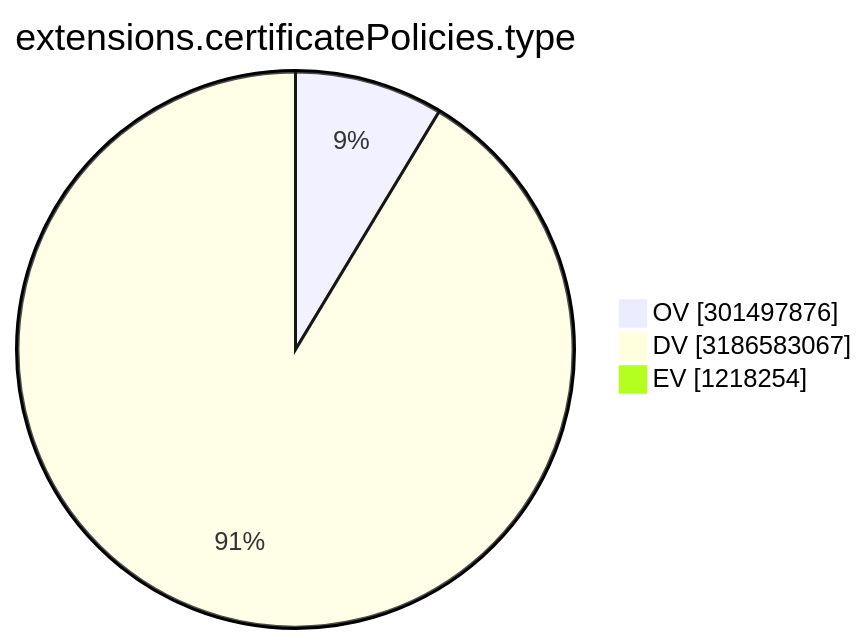
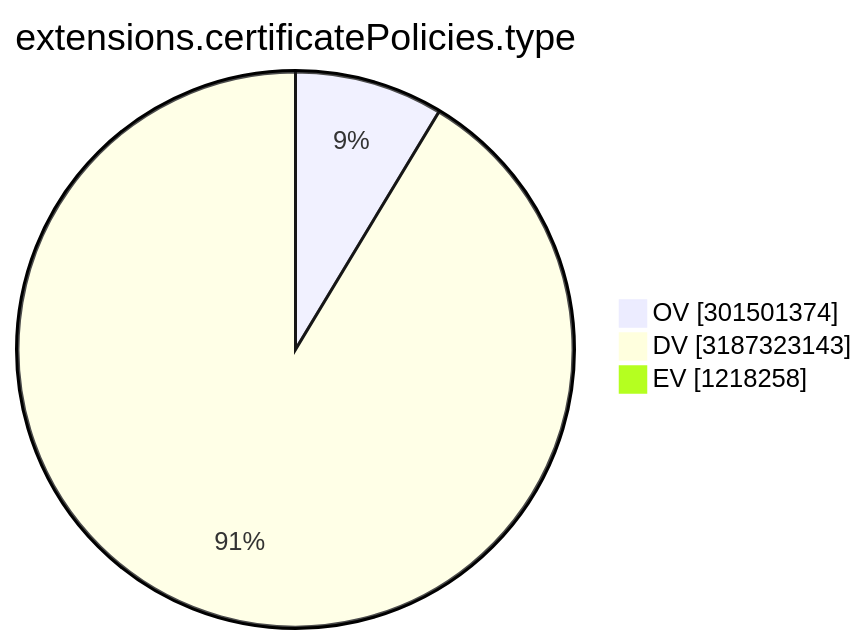
Before and after one commit to christiankrug/ctmonitor_visualization: the ninth of 15 diagrams in TOTAL/README.md, drawn with Mermaid. The commit also changed other lines of this file, not shown here.

````diff
--- a/TOTAL/README.md
+++ b/TOTAL/README.md
@@ -3106,7 +3106,7 @@
 ```mermaid
 pie showData
 title extensions.certificatePolicies.type
-"OV" :301497876
-"DV" :3186583067
-"EV" :1218254
+"OV" :301501374
+"DV" :3187323143
+"EV" :1218258
 ```
````
